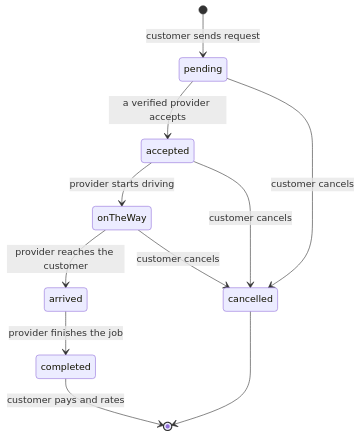
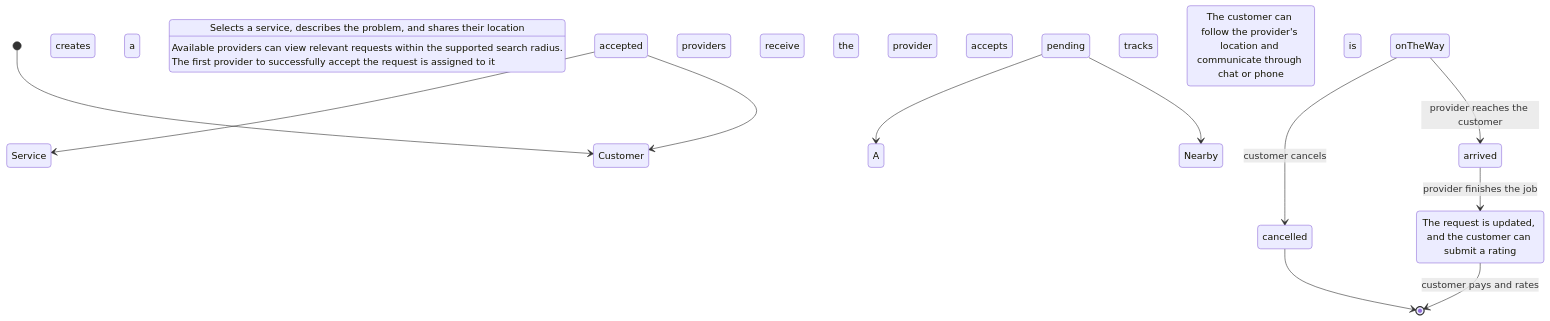
One commit to tokaaraafat/autoaid-app changed the first of 4 diagrams in README.md. Above: the diagram before and after it, drawn with Mermaid. The commit also changed other lines of this file, not shown here.

````diff
--- a/README.md
+++ b/README.md
@@ -104,13 +89,13 @@
 ```mermaid
 stateDiagram-v2
-    [*] --> pending: customer sends request
-    pending --> accepted: a verified provider accepts
-    pending --> cancelled: customer cancels
-    accepted --> onTheWay: provider starts driving
-    accepted --> cancelled: customer cancels
+    [*] --> Customer creates a request: Selects a service, describes the problem, and shares their location
+    pending --> Nearby providers receive the request: Available providers can view relevant requests within the supported search radius.
+    pending --> A provider accepts the request: The first provider to successfully accept the request is assigned to it
+    accepted --> Customer tracks the service: The customer can follow the provider's location and communicate through chat or phone
+    accepted --> Service is completed:  The request is updated, and the customer can submit a rating
     onTheWay --> arrived: provider reaches the customer
     onTheWay --> cancelled: customer cancels
     arrived --> completed: provider finishes the job
     completed --> [*]: customer pays and rates
     cancelled --> [*]
 ```
````
